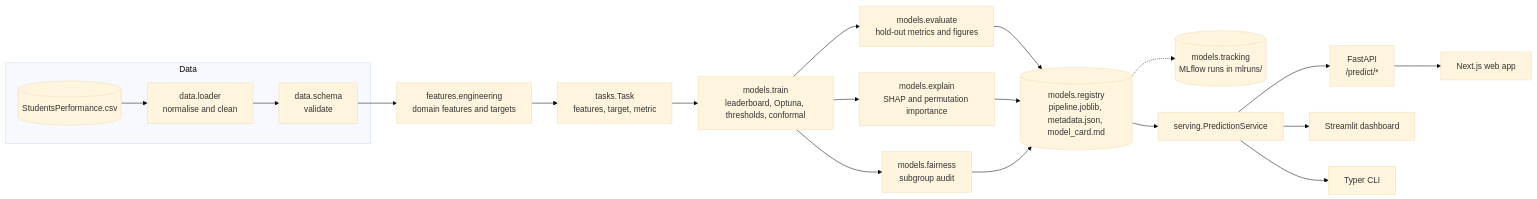
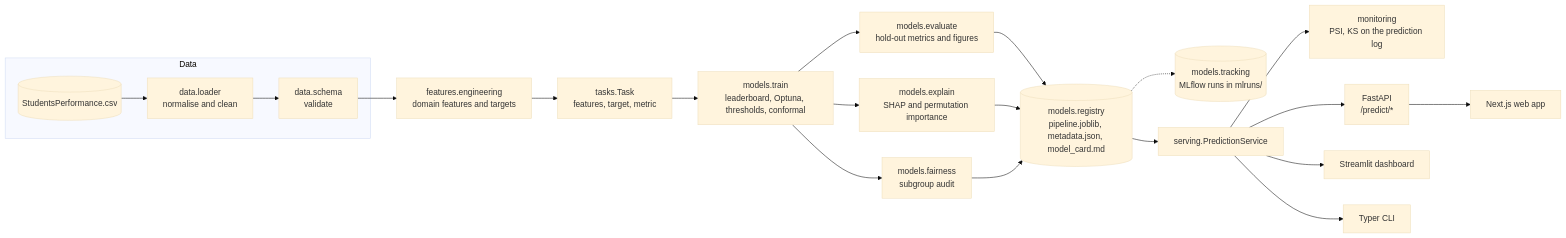
One commit to ZainDev04/edupulse changed the diagram in docs/architecture.md. Above: the diagram before and after it, drawn with Mermaid (base theme). The commit also changed other lines of this file and 14 other files, not shown here.

First line of the commit message:
Add drift monitoring on the prediction stream

````diff
--- a/docs/architecture.md
+++ b/docs/architecture.md
@@ -15,22 +15,23 @@
 ```mermaid
 flowchart LR
     subgraph Data
         RAW[(StudentsPerformance.csv)] --> LOAD[data.loader<br/>normalise and clean]
         LOAD --> VAL[data.schema<br/>validate]
     end
     VAL --> FE[features.engineering<br/>domain features and targets]
     FE --> TASK[tasks.Task<br/>features, target, metric]
     TASK --> TRAIN[models.train<br/>leaderboard, Optuna, thresholds, conformal]
     TRAIN --> EVAL[models.evaluate<br/>hold-out metrics and figures]
     TRAIN --> XAI[models.explain<br/>SHAP and permutation importance]
     TRAIN --> FAIR[models.fairness<br/>subgroup audit]
     EVAL --> REG[(models.registry<br/>pipeline.joblib, metadata.json, model_card.md)]
     XAI --> REG
     FAIR --> REG
     REG -.-> MLF[(models.tracking<br/>MLflow runs in mlruns/)]
     REG --> SVC[serving.PredictionService]
+    SVC --> MON[monitoring<br/>PSI, KS on the prediction log]
     SVC --> API[FastAPI<br/>/predict/*]
     API --> WEB[Next.js web app]
     SVC --> UI[Streamlit dashboard]
     SVC --> CLI[Typer CLI]
 ```
````
